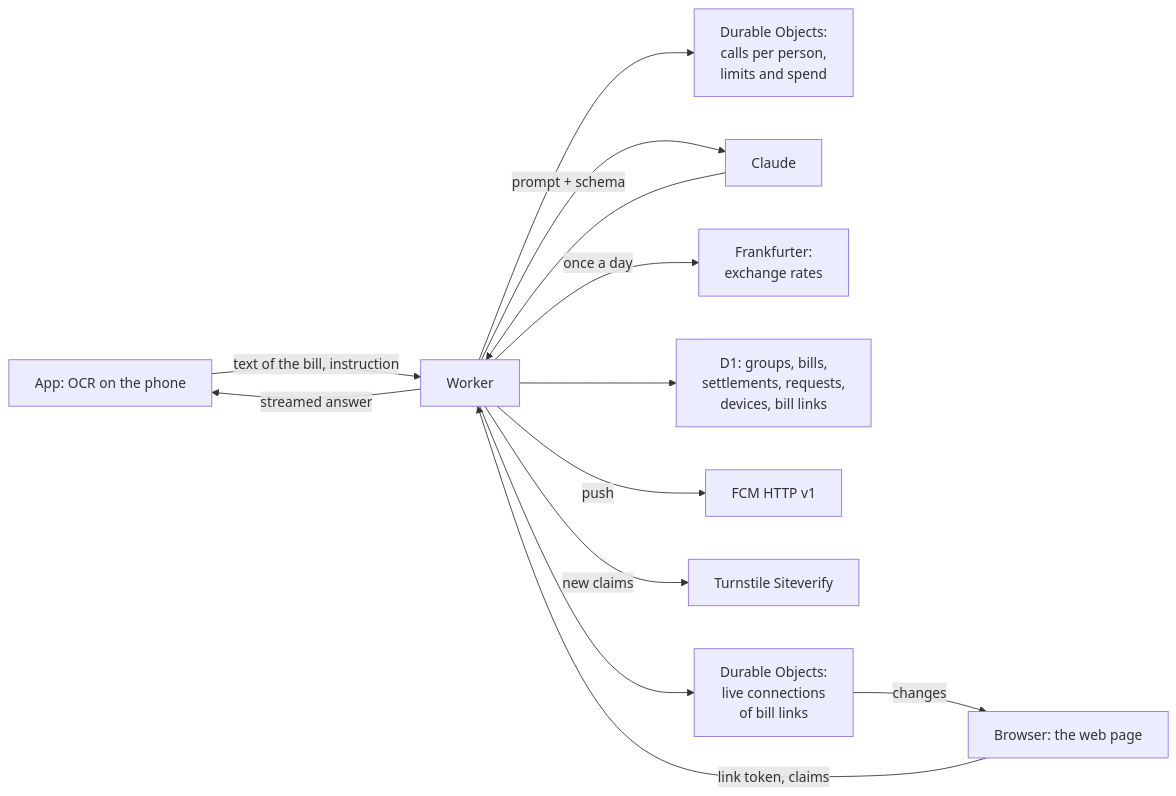
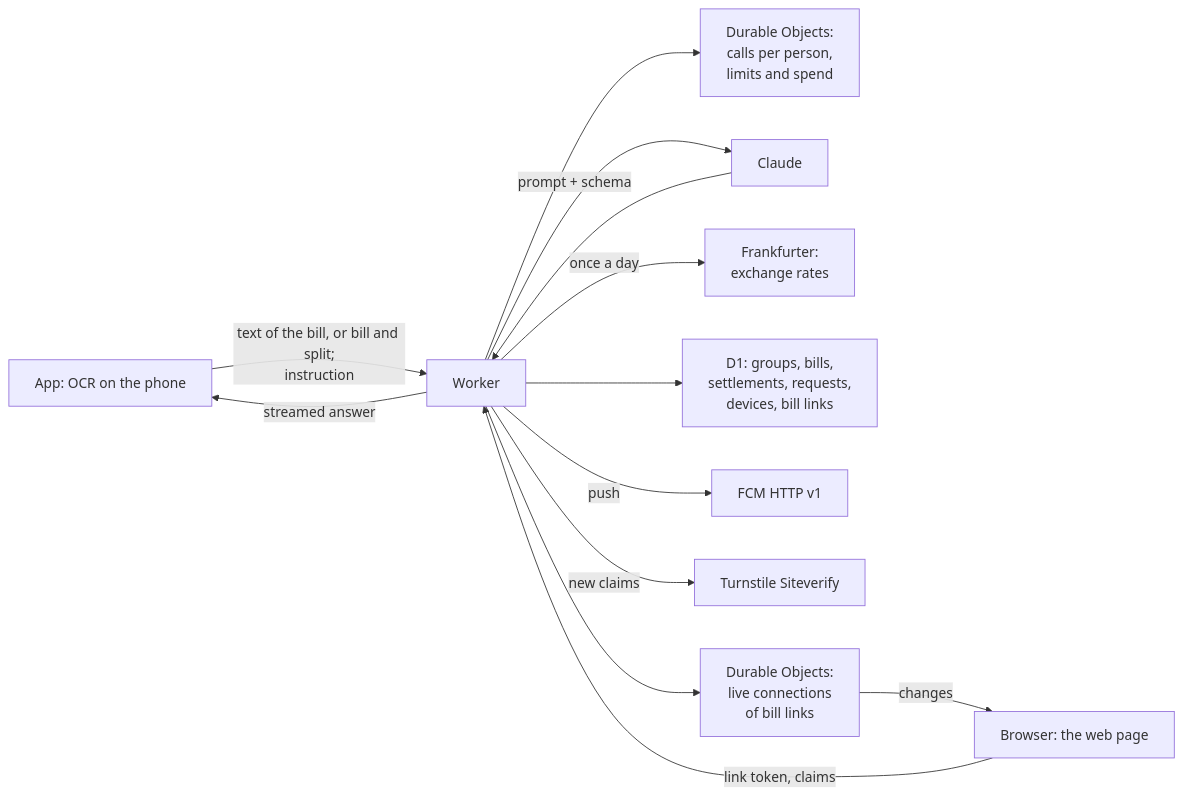
One commit to dantech0xff/split-bill-poc changed the diagram in docs/proxy.md. Above: the diagram before and after it, drawn with Mermaid. The commit also changed other lines of this file, not shown here.

First line of the commit message:
docs(proxy): describe edits of a split, weighted calls, the category and the evaluation

````diff
--- a/docs/proxy.md
+++ b/docs/proxy.md
@@ -11,15 +12,15 @@
 ```mermaid
 flowchart LR
-    app[App: OCR on the phone] -->|text of the bill, instruction| worker[Worker]
+    app[App: OCR on the phone] -->|text of the bill, or bill and split;<br/>instruction| worker[Worker]
     worker --> limits[Durable Objects:<br/>calls per person,<br/>limits and spend]
     worker -->|prompt + schema| claude[Claude]
     claude --> worker
     worker -->|streamed answer| app
     worker -->|once a day| rates[Frankfurter:<br/>exchange rates]
     worker --> d1[D1: groups, bills,<br/>settlements, requests,<br/>devices, bill links]
     worker -->|push| fcm[FCM HTTP v1]
     browser[Browser: the web page] -->|link token, claims| worker
     worker -->|new claims| turnstile[Turnstile Siteverify]
     worker --> rooms[Durable Objects:<br/>live connections<br/>of bill links]
     rooms -->|changes| browser
 ```
````
